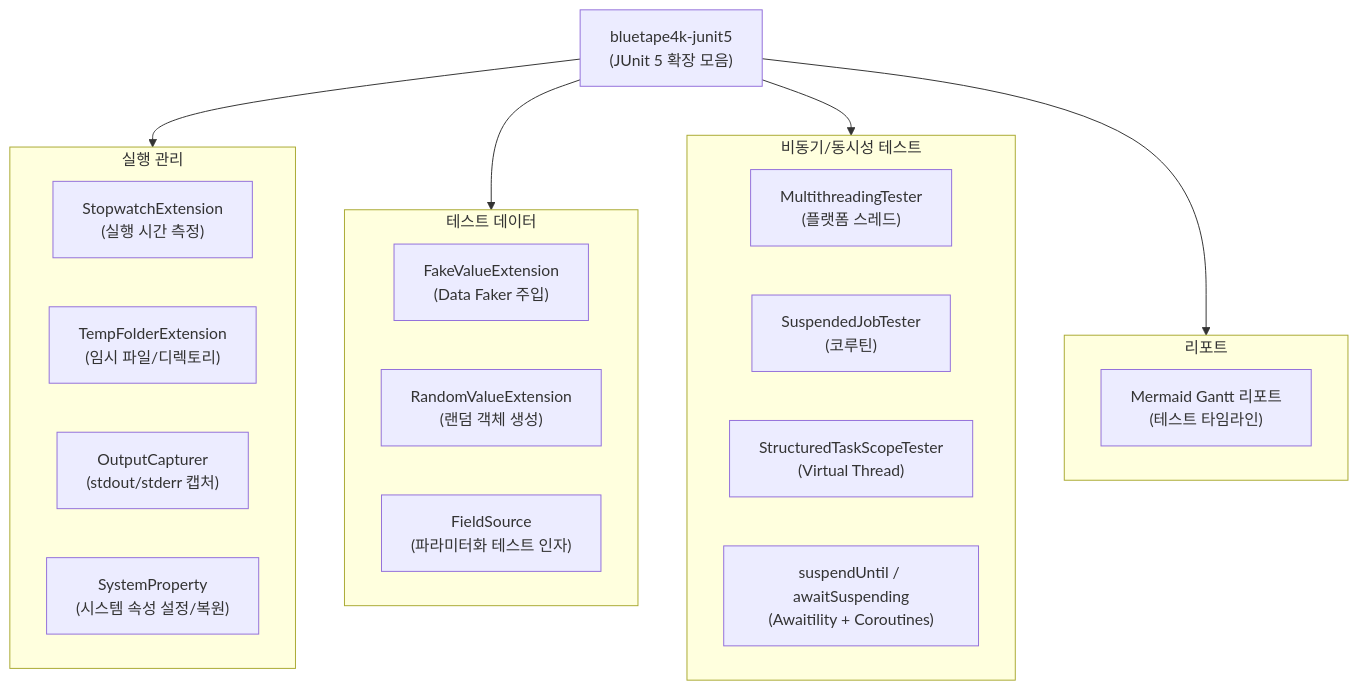
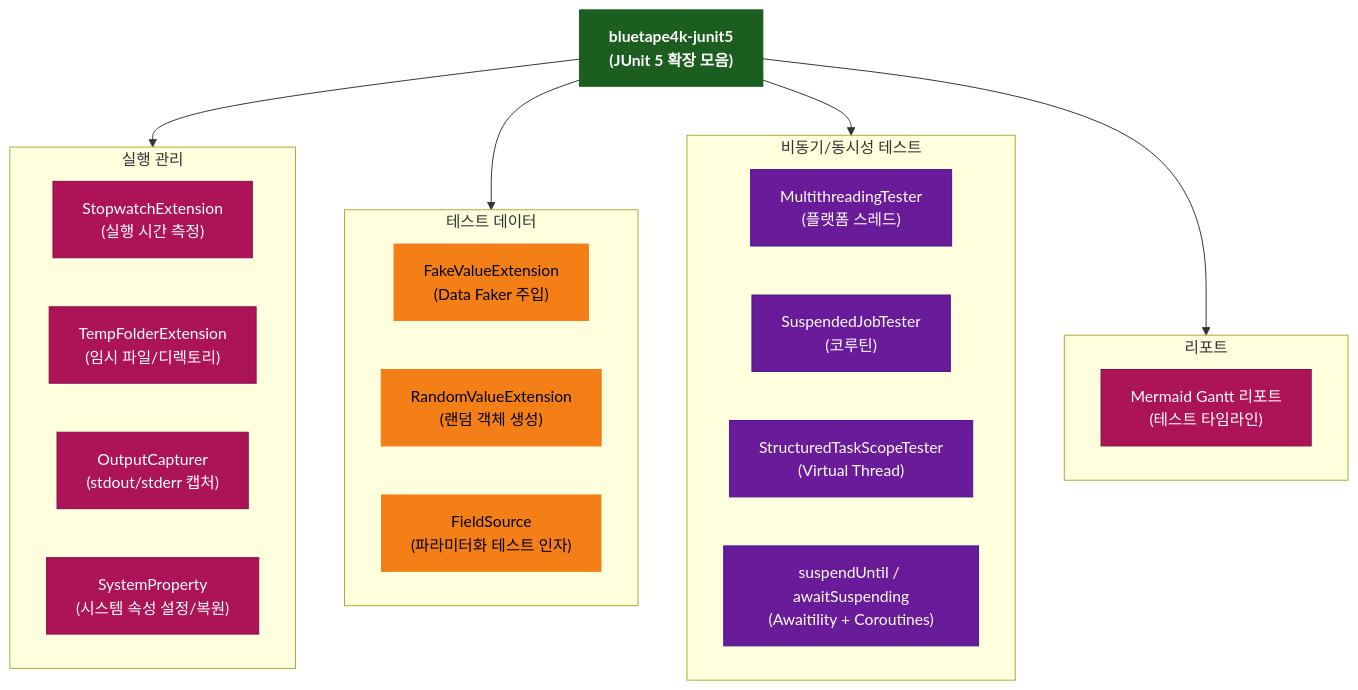
Before and after one commit to bluetape4k/bluetape4k-projects: the first of 3 diagrams in testing/junit5/README.ko.md, drawn with Mermaid. The commit also changed other lines of this file and 221 other files, not shown here.

First line of the commit message:
docs: 전체 모듈 README UML 다이어그램 보강 및 색상 업그레이드

````diff
--- a/testing/junit5/README.ko.md
+++ b/testing/junit5/README.ko.md
@@ -11,33 +11,52 @@
 ```mermaid
 flowchart TD
     JU5["bluetape4k-junit5\n(JUnit 5 확장 모음)"]
 
     subgraph 실행관리["실행 관리"]
         SW["StopwatchExtension\n(실행 시간 측정)"]
         TF["TempFolderExtension\n(임시 파일/디렉토리)"]
         OC["OutputCapturer\n(stdout/stderr 캡처)"]
         SP["SystemProperty\n(시스템 속성 설정/복원)"]
     end
 
     subgraph 테스트데이터["테스트 데이터"]
         FV["FakeValueExtension\n(Data Faker 주입)"]
         RV["RandomValueExtension\n(랜덤 객체 생성)"]
         FS["FieldSource\n(파라미터화 테스트 인자)"]
     end
 
     subgraph 비동기테스트["비동기/동시성 테스트"]
         MT["MultithreadingTester\n(플랫폼 스레드)"]
         SJT["SuspendedJobTester\n(코루틴)"]
         STST["StructuredTaskScopeTester\n(Virtual Thread)"]
         AW["suspendUntil / awaitSuspending\n(Awaitility + Coroutines)"]
     end
 
     subgraph 리포트["리포트"]
         MR["Mermaid Gantt 리포트\n(테스트 타임라인)"]
     end
 
     JU5 --> 실행관리
     JU5 --> 테스트데이터
     JU5 --> 비동기테스트
     JU5 --> 리포트
+
+    classDef coreStyle fill:#1B5E20,stroke:#1B5E20,color:#FFFFFF,font-weight:bold
+    classDef testStyle fill:#AD1457,stroke:#880E4F,color:#FFFFFF
+    classDef asyncStyle fill:#6A1B9A,stroke:#4A148C,color:#FFFFFF
+    classDef dataStyle fill:#F57F17,stroke:#F57F17,color:#000000
+
+    class JU5 coreStyle
+    class SW testStyle
+    class TF testStyle
+    class OC testStyle
+    class SP testStyle
+    class FV dataStyle
+    class RV dataStyle
+    class FS dataStyle
+    class MT asyncStyle
+    class SJT asyncStyle
+    class STST asyncStyle
+    class AW asyncStyle
+    class MR testStyle
 ```
````
